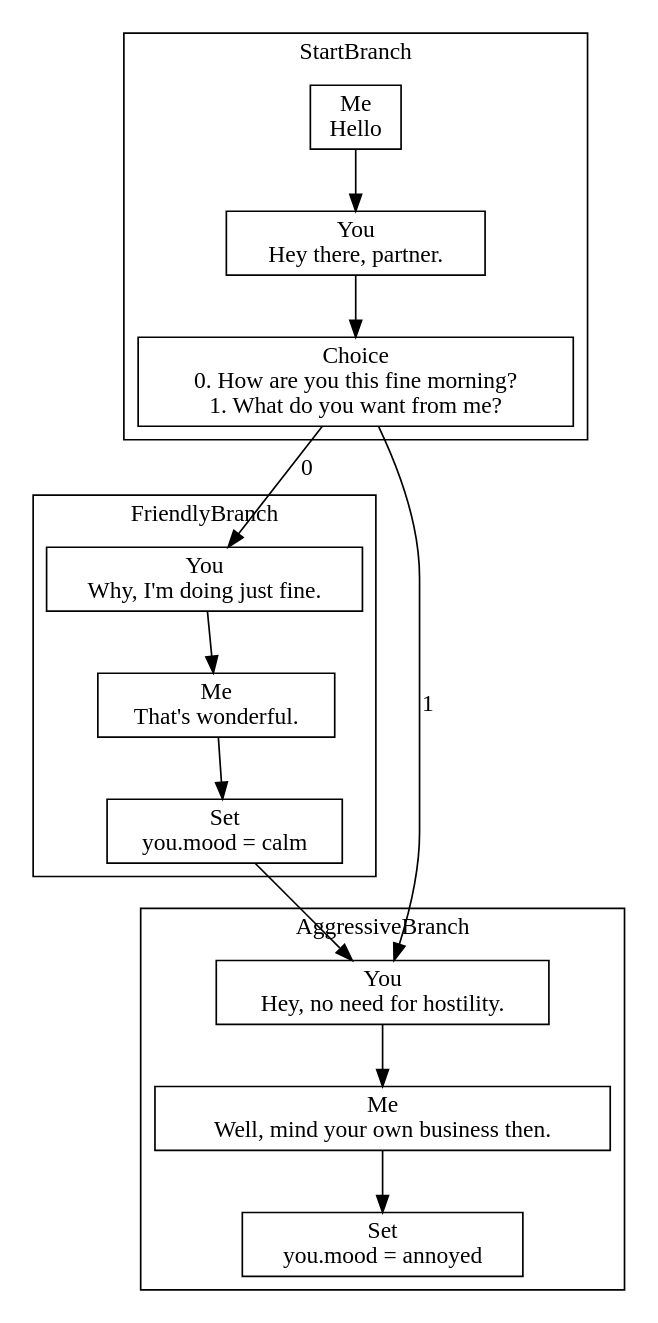
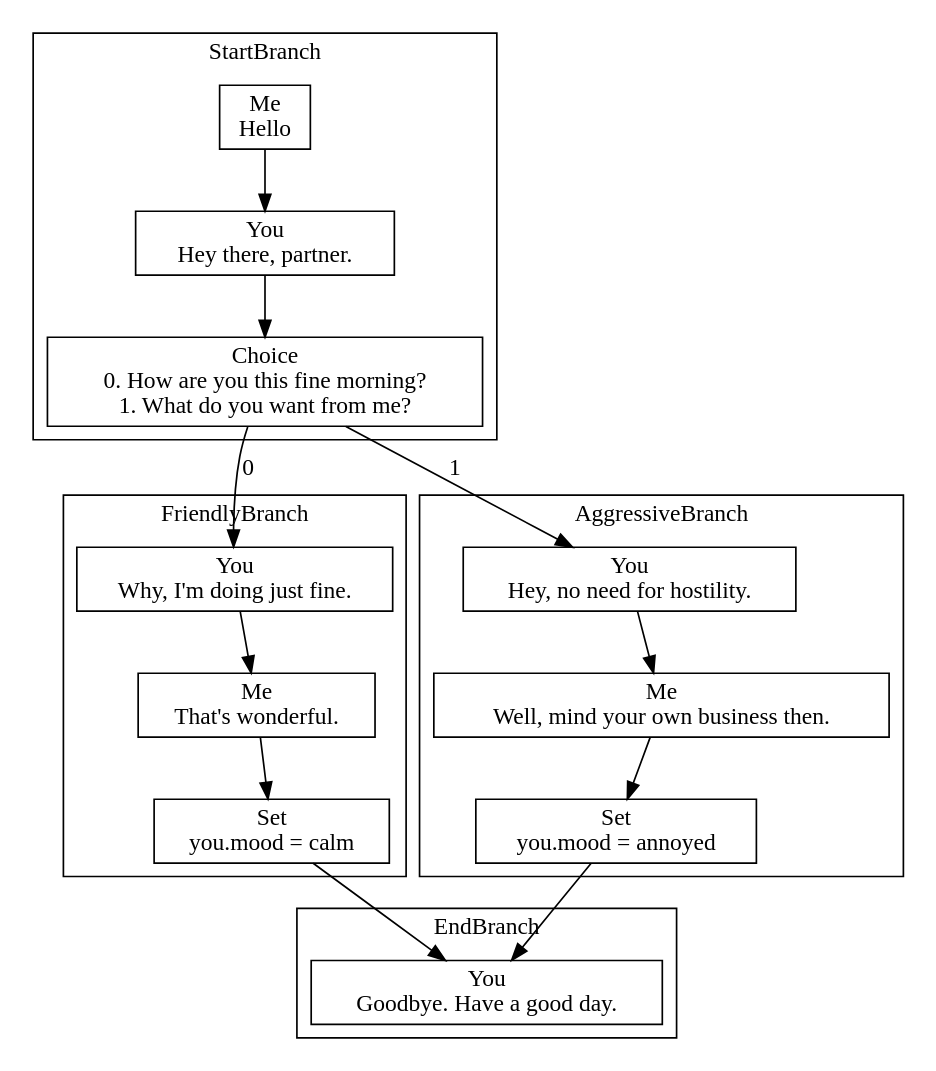
The diagram in sample/short_story/sample2.dot (patriacaelum/script2py), drawn with Graphviz before and after one commit. The commit also changed 11 other files, not shown here.

```diff
--- a/sample/short_story/sample2.dot
+++ b/sample/short_story/sample2.dot
@@ -1,29 +1,34 @@
 digraph G {
 subgraph cluster_0{
 label = "StartBranch";
-140030449666416 [label="Me\nHello", shape=box];
-140030449666080 [label="You\nHey there, partner.", shape=box];
-140030449666800 [label="Choice\n0. How are you this fine morning?\n1. What do you want from me?", shape=box];
+139862488631760 [label="Me\nHello", shape=box];
+139862488631424 [label="You\nHey there, partner.", shape=box];
+139862488632144 [label="Choice\n0. How are you this fine morning?\n1. What do you want from me?", shape=box];
 }
 subgraph cluster_1{
 label = "FriendlyBranch";
-140030449666320 [label="You\nWhy, I'm doing just fine.", shape=box];
-140030449666224 [label="Me\nThat's wonderful.", shape=box];
-140030449718560 [label="Set\nyou.mood = calm", shape=box];
+139862488631664 [label="You\nWhy, I'm doing just fine.", shape=box];
+139862488631568 [label="Me\nThat's wonderful.", shape=box];
+139862488683904 [label="Set\nyou.mood = calm", shape=box];
 }
 subgraph cluster_2{
 label = "AggressiveBranch";
-140030449718656 [label="You\nHey, no need for hostility.", shape=box];
-140030449718512 [label="Me\nWell, mind your own business then.", shape=box];
-140030449718944 [label="Set\nyou.mood = annoyed", shape=box];
+139862488684000 [label="You\nHey, no need for hostility.", shape=box];
+139862488683856 [label="Me\nWell, mind your own business then.", shape=box];
+139862488684288 [label="Set\nyou.mood = annoyed", shape=box];
 }
-140030449666416 -> 140030449666080;
-140030449666080 -> 140030449666800;
-140030449666800 -> 140030449666320 [label=0];
-140030449666800 -> 140030449718656 [label=1];
-140030449666320 -> 140030449666224;
-140030449666224 -> 140030449718560;
-140030449718560 -> 140030449718656;
-140030449718656 -> 140030449718512;
-140030449718512 -> 140030449718944;
+subgraph cluster_3{
+label = "EndBranch";
+139862488683952 [label="You\nGoodbye. Have a good day.", shape=box];
 }
+139862488631760 -> 139862488631424;
+139862488631424 -> 139862488632144;
+139862488632144 -> 139862488631664 [label=0];
+139862488632144 -> 139862488684000 [label=1];
+139862488631664 -> 139862488631568;
+139862488631568 -> 139862488683904;
+139862488683904 -> 139862488683952;
+139862488684000 -> 139862488683856;
+139862488683856 -> 139862488684288;
+139862488684288 -> 139862488683952;
+}
```
